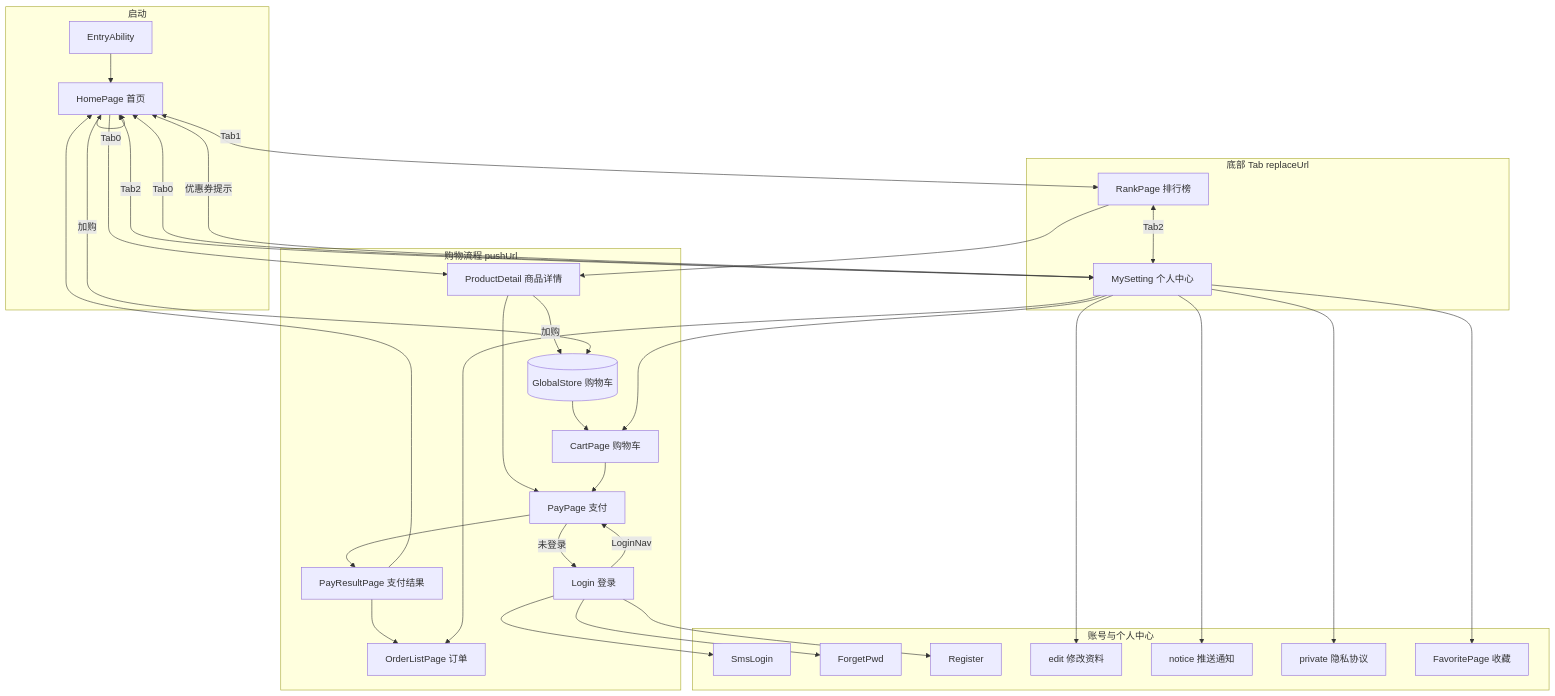
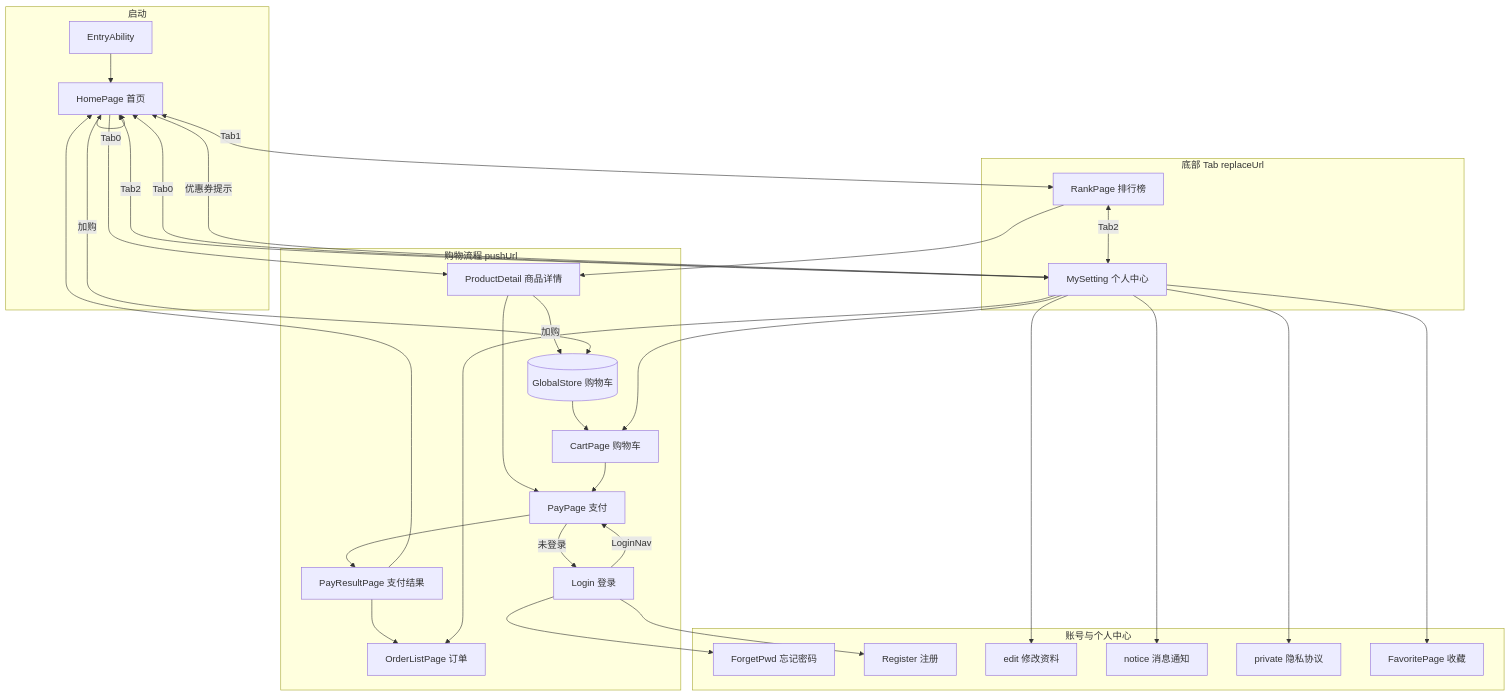
One commit to BuSu-twl/arkts-app changed the first of 9 diagrams in docs/PROJECT.md. Above: the diagram before and after it, drawn with Mermaid. The commit also changed other lines of this file and 46 other files, not shown here.

````diff
--- a/docs/PROJECT.md
+++ b/docs/PROJECT.md
@@ -31,42 +31,41 @@
 ```mermaid
 flowchart TB
   subgraph entry [启动]
     A[EntryAbility] --> H[HomePage 首页]
   end
 
   subgraph tabs [底部 Tab replaceUrl]
     H <-->|Tab0| H
     H <-->|Tab1| R[RankPage 排行榜]
     H <-->|Tab2| M[MySetting 个人中心]
     R <-->|Tab2| M
     M <-->|Tab0| H
   end
 
   subgraph shop [购物流程 pushUrl]
     H --> D[ProductDetail 商品详情]
     R --> D
     D --> P[PayPage 支付]
     D -->|加购| GS[(GlobalStore 购物车)]
     H -->|加购| GS
     GS --> C[CartPage 购物车]
     C --> P
     P -->|未登录| L[Login 登录]
     L -->|LoginNav| P
     P --> PR[PayResultPage 支付结果]
     PR --> O[OrderListPage 订单]
     PR --> H
   end
 
   subgraph user [账号与个人中心]
-    L --> SL[SmsLogin]
-    L --> FP[ForgetPwd]
-    L --> RG[Register]
+    L --> FP[ForgetPwd 忘记密码]
+    L --> RG[Register 注册]
     M --> E[edit 修改资料]
-    M --> N[notice 推送通知]
+    M --> N[notice 消息通知]
     M --> PV[private 隐私协议]
     M --> O
     M --> C
     M --> F[FavoritePage 收藏]
     M -->|优惠券提示| H
   end
 ```
````
